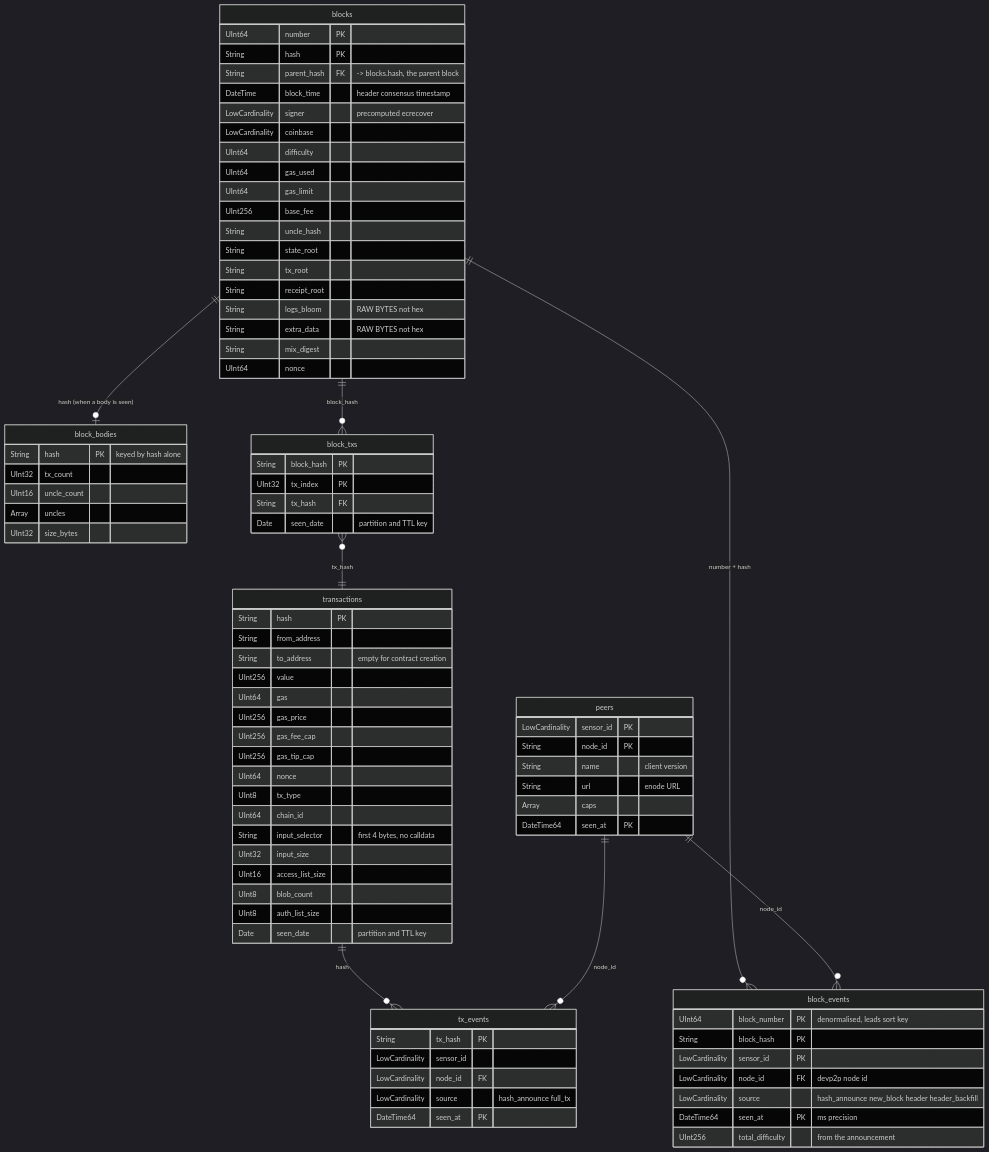
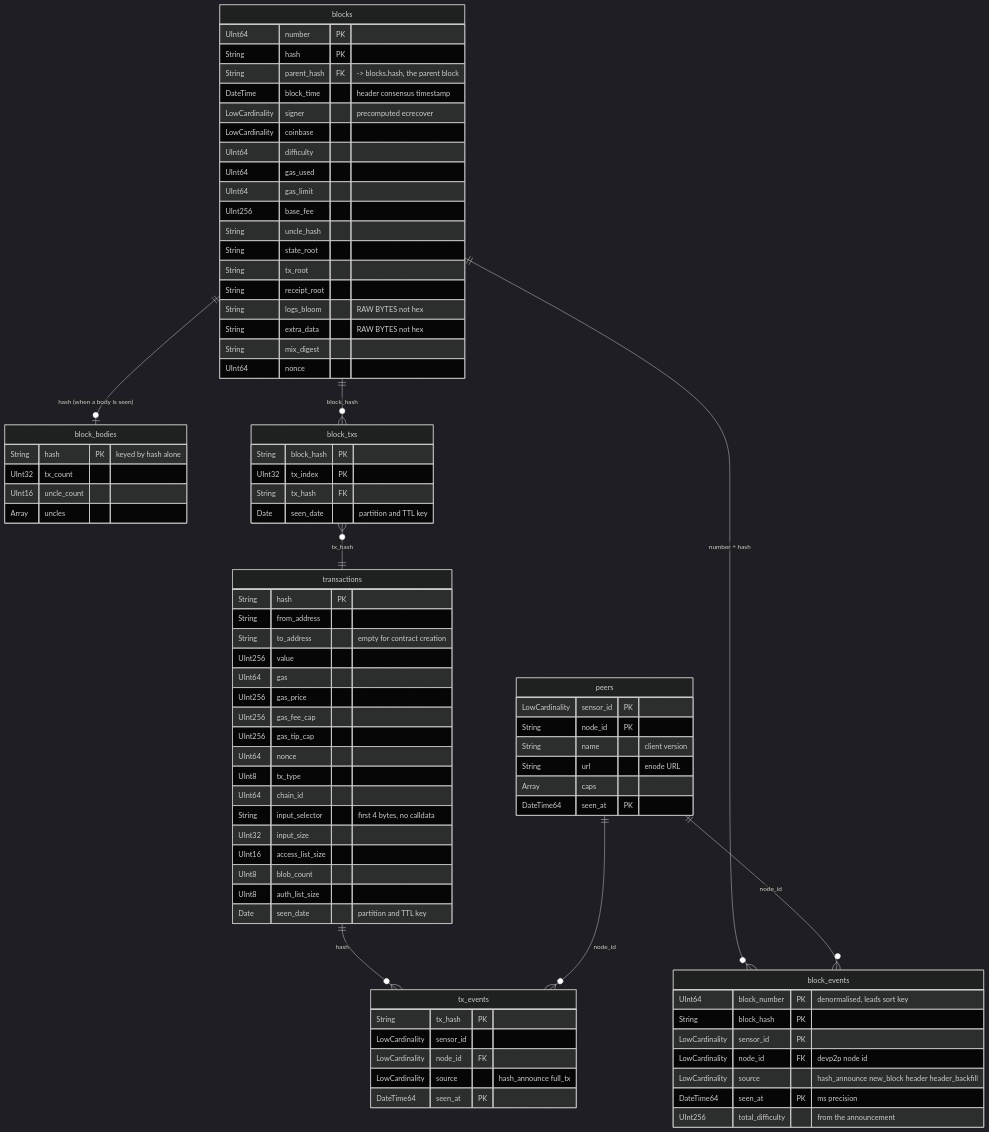
One commit to 0xPolygon/polygon-cli changed the first of 3 diagrams in cmd/p2p/sensor/clickhouse.md. Above: the diagram before and after it, drawn with Mermaid (dark theme). The commit also changed other lines of this file and 1 other file, not shown here.

First line of the commit message:
fix(p2p/sensor): stop writing a provenance-dependent block size

```diff
--- a/cmd/p2p/sensor/clickhouse.md
+++ b/cmd/p2p/sensor/clickhouse.md
@@ -64,7 +64,6 @@
         UInt32 tx_count
         UInt16 uncle_count
         Array uncles
-        UInt32 size_bytes
     }
 
     block_txs {
```
